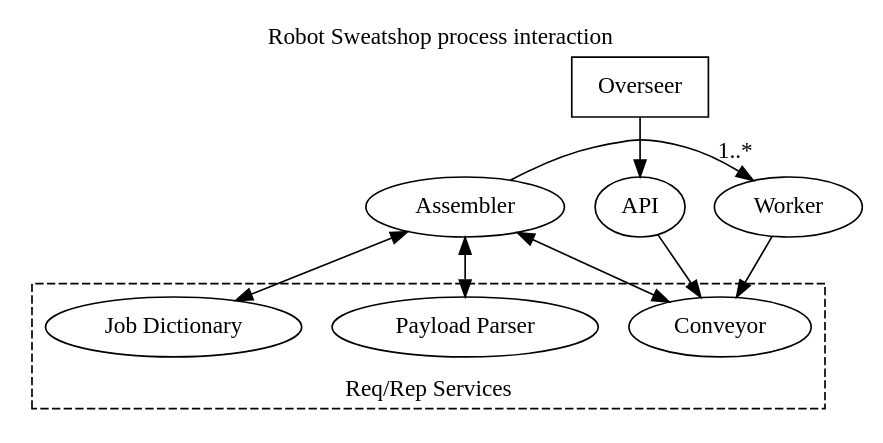
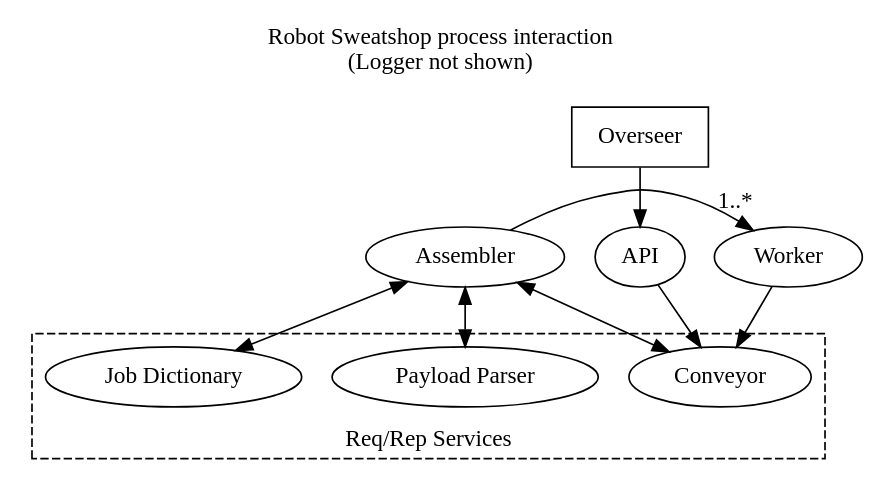
One commit to JScott/robot_sweatshop changed the diagram in docs/architecture.dot. Above: the diagram before and after it, drawn with Graphviz. The commit also changed 3 other files, not shown here.

```diff
--- a/docs/architecture.dot
+++ b/docs/architecture.dot
@@ -1,27 +1,27 @@
 digraph architecture {
-  label="Robot Sweatshop process interaction"
+  label="Robot Sweatshop process interaction\n(Logger not shown)\n "
   labelloc="top"
 
   overseer [label="Overseer",shape=box]
   api [label="API"]
   assembler [label="Assembler"]
   worker [label="Worker"]
   subgraph cluster_services {
     label="Req/Rep Services"
     labelloc="bottom"
     style="dashed"
     conveyor [label="Conveyor"]
     parser [label="Payload Parser"]
     dictionary [label="Job Dictionary"]
   }
 
   overseer->api
   api->conveyor
   assembler->conveyor [dir="both"]
   assembler->parser [dir="both"]
   assembler->dictionary [dir="both"]
   assembler->worker [headlabel="1..*",labeldistance=2]
   worker->conveyor
 
   { rank=same; api worker assembler }
 }
```
